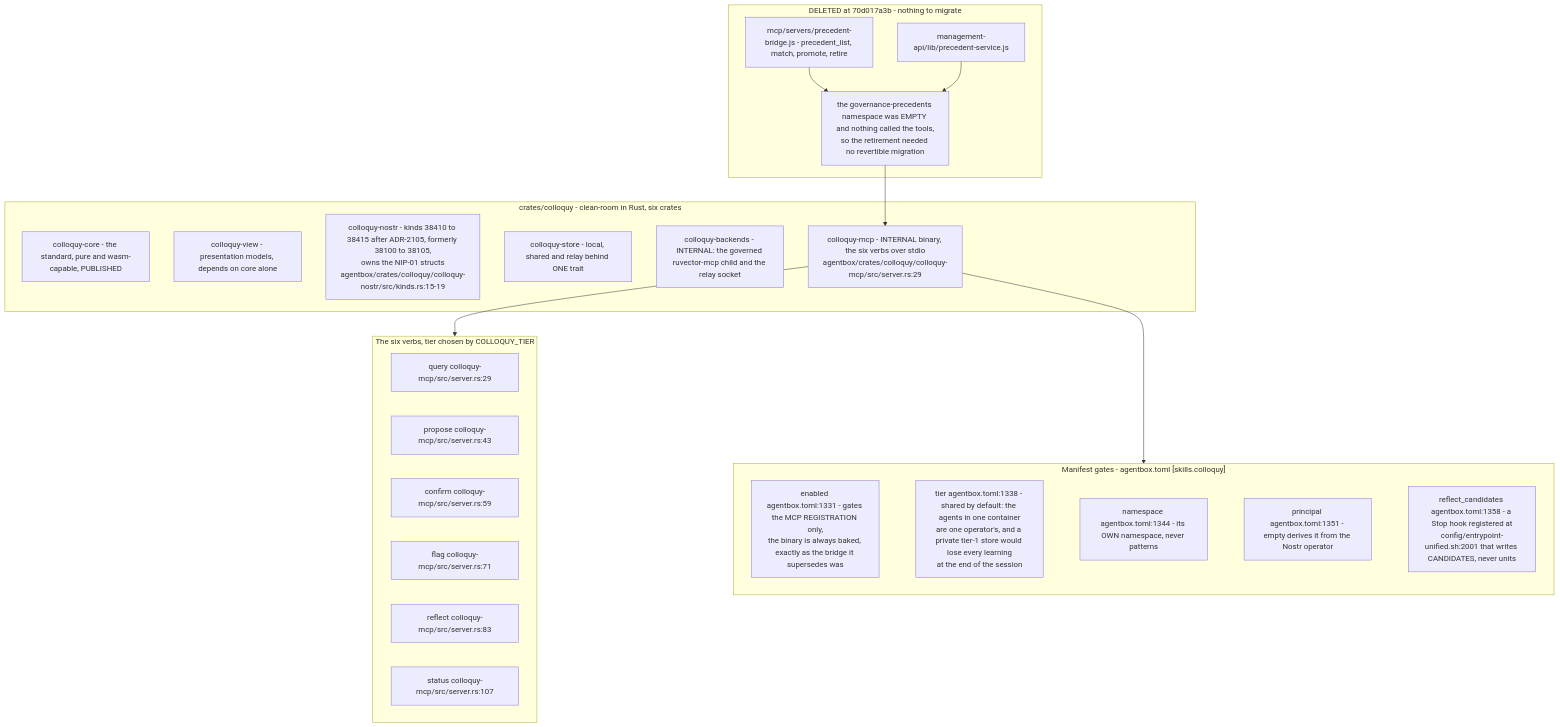
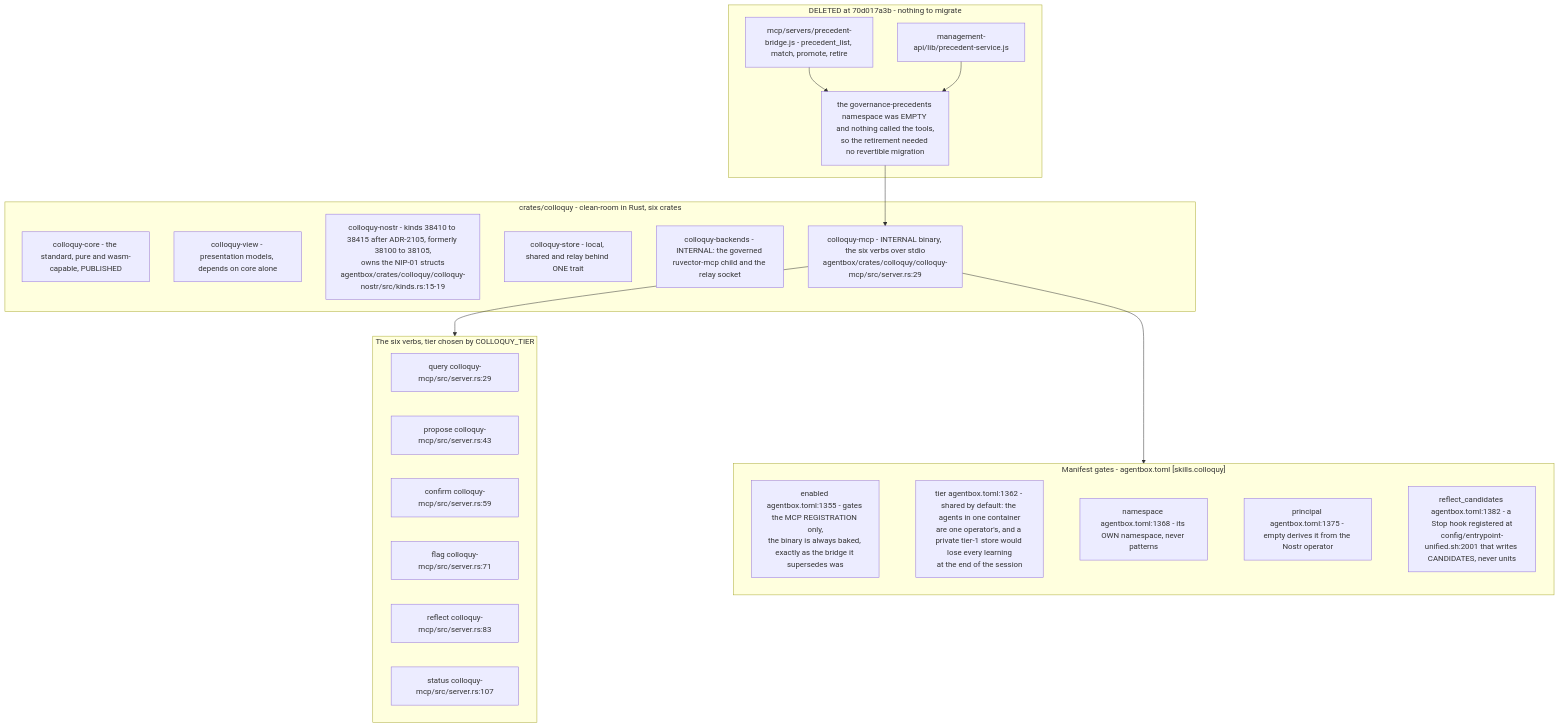
One commit to DreamLab-AI/VisionFlow changed the ninth of 10 diagrams in docs/diagrams/agentbox/28-agentbox-services-and-manifest-binary.md. Above: the diagram before and after it, drawn with Mermaid. The commit also changed other lines of this file and 173 other files, not shown here.

````diff
--- a/docs/diagrams/agentbox/28-agentbox-services-and-manifest-binary.md
+++ b/docs/diagrams/agentbox/28-agentbox-services-and-manifest-binary.md
@@ -414,37 +427,37 @@
 ```mermaid
 flowchart TB
     subgraph gone["DELETED at 70d017a3b - nothing to migrate"]
         G1["mcp/servers/precedent-bridge.js - precedent_list, match, promote, retire"]
         G2["management-api/lib/precedent-service.js"]
         G3["the governance-precedents namespace was EMPTY and nothing called the tools,<br/>so the retirement needed no revertible migration"]
         G1 --> G3
         G2 --> G3
     end
     subgraph crates["crates/colloquy - clean-room in Rust, six crates"]
         P1["colloquy-core - the standard, pure and wasm-capable, PUBLISHED"]
         P2["colloquy-view - presentation models, depends on core alone"]
         P3["colloquy-nostr - kinds 38410 to 38415 after ADR-2105, formerly 38100 to 38105,<br/>owns the NIP-01 structs<br/>agentbox/crates/colloquy/colloquy-nostr/src/kinds.rs:15-19"]
         P4["colloquy-store - local, shared and relay behind ONE trait"]
         P5["colloquy-backends - INTERNAL: the governed ruvector-mcp child and the relay socket"]
         P6["colloquy-mcp - INTERNAL binary, the six verbs over stdio<br/>agentbox/crates/colloquy/colloquy-mcp/src/server.rs:29"]
     end
     G3 --> P6
     subgraph verbs["The six verbs, tier chosen by COLLOQUY_TIER"]
         V1["query colloquy-mcp/src/server.rs:29"]
         V2["propose colloquy-mcp/src/server.rs:43"]
         V3["confirm colloquy-mcp/src/server.rs:59"]
         V4["flag colloquy-mcp/src/server.rs:71"]
         V5["reflect colloquy-mcp/src/server.rs:83"]
         V6["status colloquy-mcp/src/server.rs:107"]
     end
     P6 --> verbs
     subgraph gates["Manifest gates - agentbox.toml [skills.colloquy]"]
-        M1["enabled agentbox.toml:1331 - gates the MCP REGISTRATION only,<br/>the binary is always baked, exactly as the bridge it supersedes was"]
-        M2["tier agentbox.toml:1338 - shared by default: the agents in one container<br/>are one operator's, and a private tier-1 store would lose every learning<br/>at the end of the session"]
-        M3["namespace agentbox.toml:1344 - its OWN namespace, never patterns"]
-        M4["principal agentbox.toml:1351 - empty derives it from the Nostr operator"]
-        M5["reflect_candidates agentbox.toml:1358 - a Stop hook registered at<br/>config/entrypoint-unified.sh:2001 that writes CANDIDATES, never units"]
+        M1["enabled agentbox.toml:1355 - gates the MCP REGISTRATION only,<br/>the binary is always baked, exactly as the bridge it supersedes was"]
+        M2["tier agentbox.toml:1362 - shared by default: the agents in one container<br/>are one operator's, and a private tier-1 store would lose every learning<br/>at the end of the session"]
+        M3["namespace agentbox.toml:1368 - its OWN namespace, never patterns"]
+        M4["principal agentbox.toml:1375 - empty derives it from the Nostr operator"]
+        M5["reflect_candidates agentbox.toml:1382 - a Stop hook registered at<br/>config/entrypoint-unified.sh:2001 that writes CANDIDATES, never units"]
         M1 ~~~ M2 ~~~ M3 ~~~ M4 ~~~ M5
     end
     P6 --> gates
 ```
````
